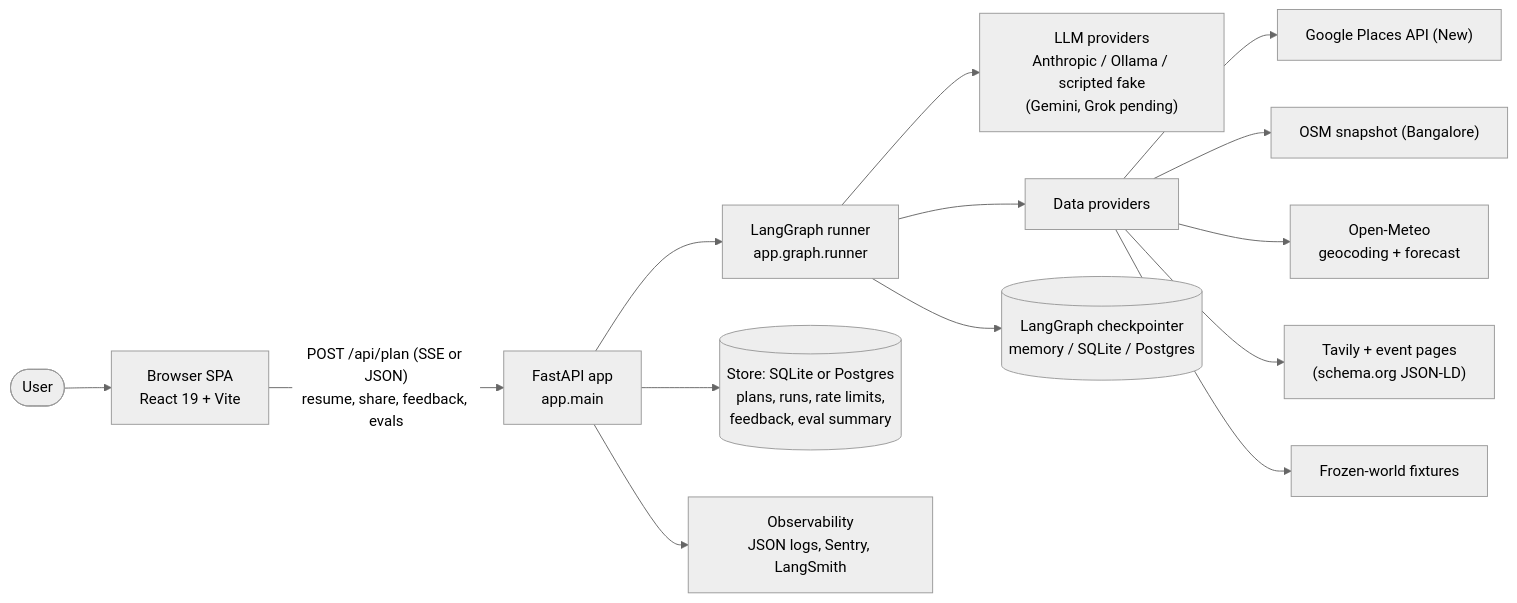
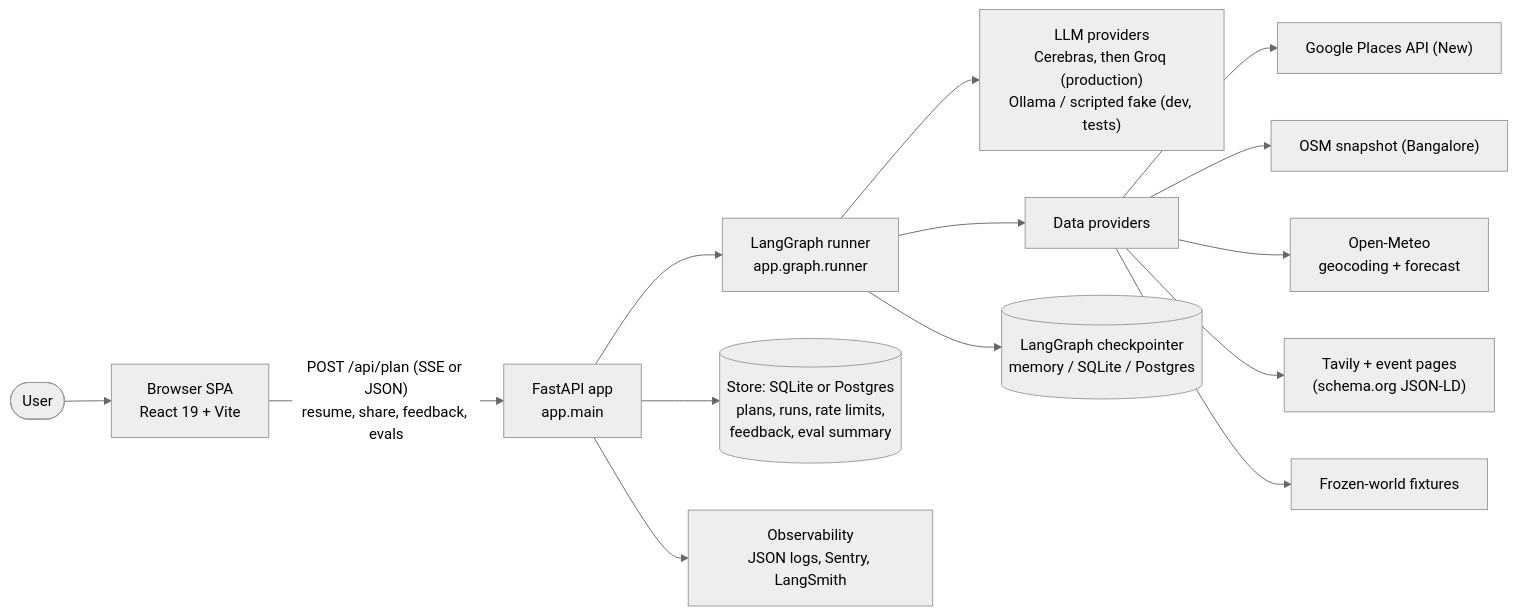
Before and after one commit to Vatsalya001/itinerary_planner: the first of 6 diagrams in docs/HLD.md, drawn with Mermaid (neutral theme). The commit also changed other lines of this file and 2 other files, not shown here.

First line of the commit message:
Docs: production models, batched tools, rate limiting and eval marking

````diff
--- a/docs/HLD.md
+++ b/docs/HLD.md
@@ -29,16 +28,16 @@
 ```mermaid
 flowchart LR
     user([User]) --> spa["Browser SPA<br/>React 19 + Vite"]
     spa -->|"POST /api/plan (SSE or JSON)<br/>resume, share, feedback, evals"| api["FastAPI app<br/>app.main"]
     api --> runner["LangGraph runner<br/>app.graph.runner"]
-    runner --> llm["LLM providers<br/>Anthropic / Ollama / scripted fake<br/>(Gemini, Grok pending)"]
+    runner --> llm["LLM providers<br/>Cerebras, then Groq (production)<br/>Ollama / scripted fake (dev, tests)"]
     runner --> data["Data providers"]
     data --> gp["Google Places API (New)"]
     data --> snap["OSM snapshot (Bangalore)"]
     data --> om["Open-Meteo<br/>geocoding + forecast"]
     data --> tav["Tavily + event pages<br/>(schema.org JSON-LD)"]
     data --> fx["Frozen-world fixtures"]
     api --> store[("Store: SQLite or Postgres<br/>plans, runs, rate limits,<br/>feedback, eval summary")]
     runner --> ckpt[("LangGraph checkpointer<br/>memory / SQLite / Postgres")]
     api --> obs["Observability<br/>JSON logs, Sentry, LangSmith"]
 ```
````
